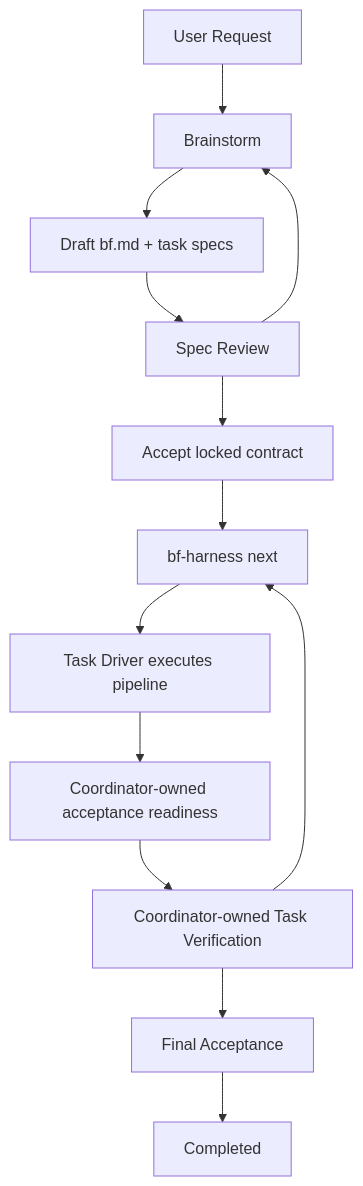
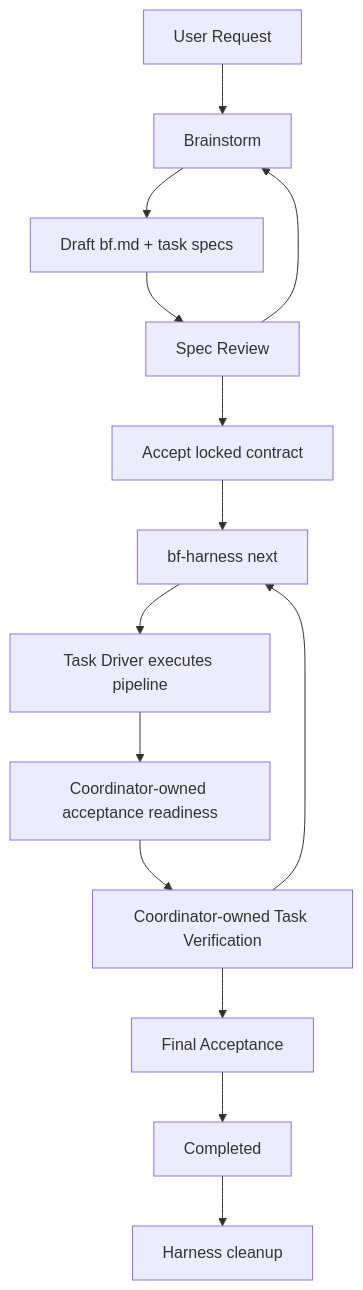
One commit to codetreker/blueprintflow changed the diagram in docs/spec.md. Above: the diagram before and after it, drawn with Mermaid. The commit also changed other lines of this file and 21 other files, not shown here.

````diff
--- a/docs/spec.md
+++ b/docs/spec.md
@@ -49,15 +56,16 @@
 ```mermaid
 flowchart TB
   request[User Request] --> brainstorm[Brainstorm]
   brainstorm --> spec[Draft bf.md + task specs]
   spec --> specReview[Spec Review]
   specReview --> accept[Accept locked contract]
   specReview --> brainstorm
   accept --> next[bf-harness next]
   next --> driver[Task Driver executes pipeline]
   driver --> readiness[Coordinator-owned acceptance readiness]
   readiness --> taskReview[Coordinator-owned Task Verification]
   taskReview --> next
   taskReview --> finalReview[Final Acceptance]
   finalReview --> completed[Completed]
+  completed --> cleanup[Harness cleanup]
 ```
````
